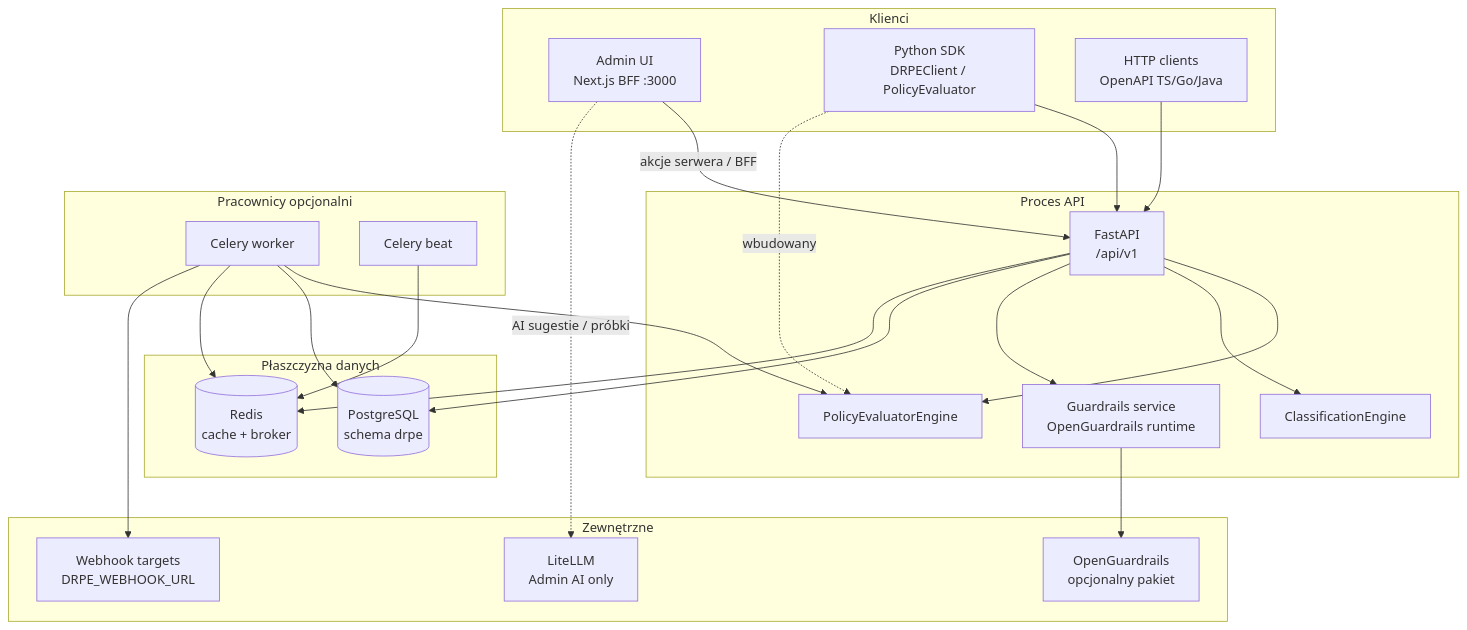
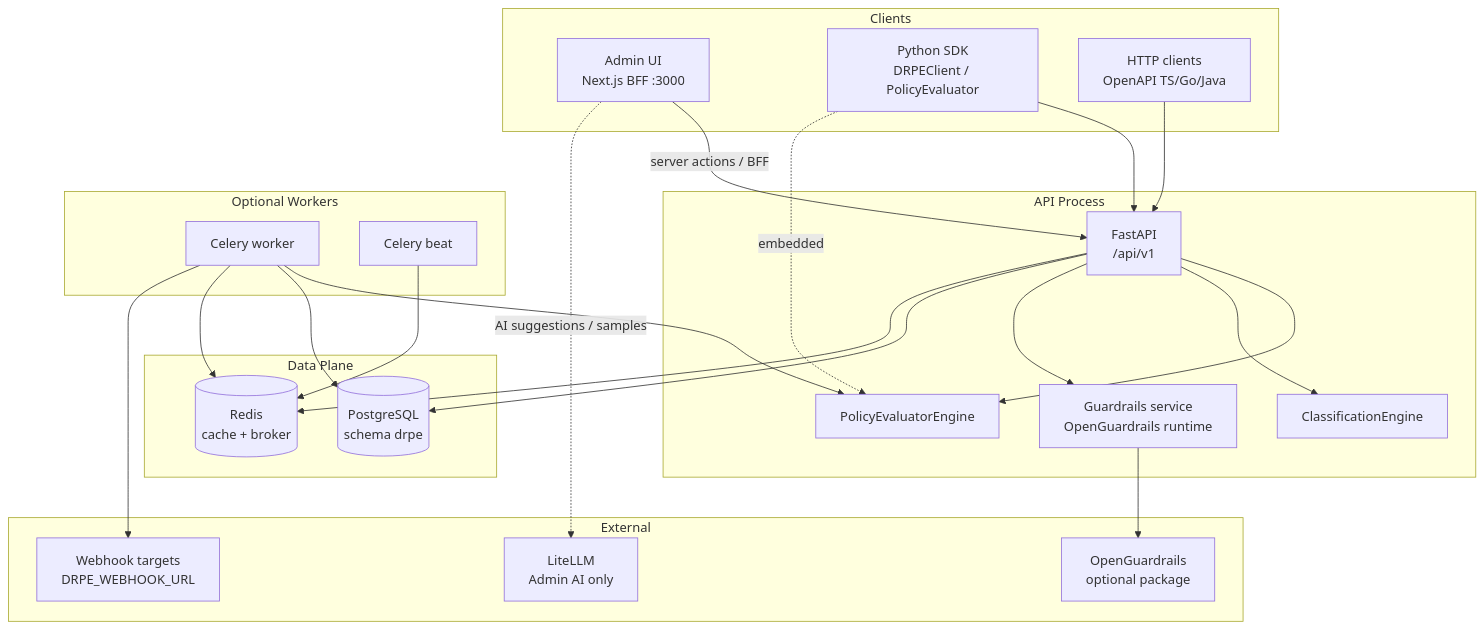
Before and after one commit to khoantd/data-policy-engine: the first of 3 diagrams in docs/ARCHITECTURE.md, drawn with Mermaid. The commit also changed other lines of this file, not shown here.

Commit message:
docs(adr): polish ADR-0000 via RS Architect

````diff
--- a/docs/ARCHITECTURE.md
+++ b/docs/ARCHITECTURE.md
@@ -81,48 +82,48 @@
 ```mermaid
 flowchart TB
-  subgraph clients [Klienci]
+  subgraph clients [Clients]
     Admin["Admin UI<br/>Next.js BFF :3000"]
     SDK["Python SDK<br/>DRPEClient / PolicyEvaluator"]
     HTTP["HTTP clients<br/>OpenAPI TS/Go/Java"]
   end
 
-  subgraph api [Proces API]
+  subgraph api [API Process]
     FastAPI["FastAPI<br/>/api/v1"]
     Engine["PolicyEvaluatorEngine"]
     Classifier["ClassificationEngine"]
     Guardrails["Guardrails service<br/>OpenGuardrails runtime"]
   end
 
-  subgraph workers [Pracownicy opcjonalni]
+  subgraph workers [Optional Workers]
     CeleryW["Celery worker"]
     CeleryB["Celery beat"]
   end
 
-  subgraph data [Płaszczyzna danych]
+  subgraph data [Data Plane]
     PG[(PostgreSQL<br/>schema drpe)]
     Redis[(Redis<br/>cache + broker)]
   end
 
-  subgraph external [Zewnętrzne]
-    OGR["OpenGuardrails<br/>opcjonalny pakiet"]
+  subgraph external [External]
+    OGR["OpenGuardrails<br/>optional package"]
     LiteLLM["LiteLLM<br/>Admin AI only"]
     WebhookTgt["Webhook targets<br/>DRPE_WEBHOOK_URL"]
   end
 
-  Admin -->|akcje serwera / BFF| FastAPI
-  Admin -.->|AI sugestie / próbki| LiteLLM
+  Admin -->|server actions / BFF| FastAPI
+  Admin -.->|AI suggestions / samples| LiteLLM
   SDK --> FastAPI
-  SDK -.->|wbudowany| Engine
+  SDK -.->|embedded| Engine
   HTTP --> FastAPI
   FastAPI --> Engine
   FastAPI --> Classifier
   FastAPI --> Guardrails
   FastAPI --> PG
   FastAPI --> Redis
   Guardrails --> OGR
   CeleryW --> Engine
   CeleryW --> PG
   CeleryW --> Redis
   CeleryB --> Redis
   CeleryW --> WebhookTgt
 ```
````
